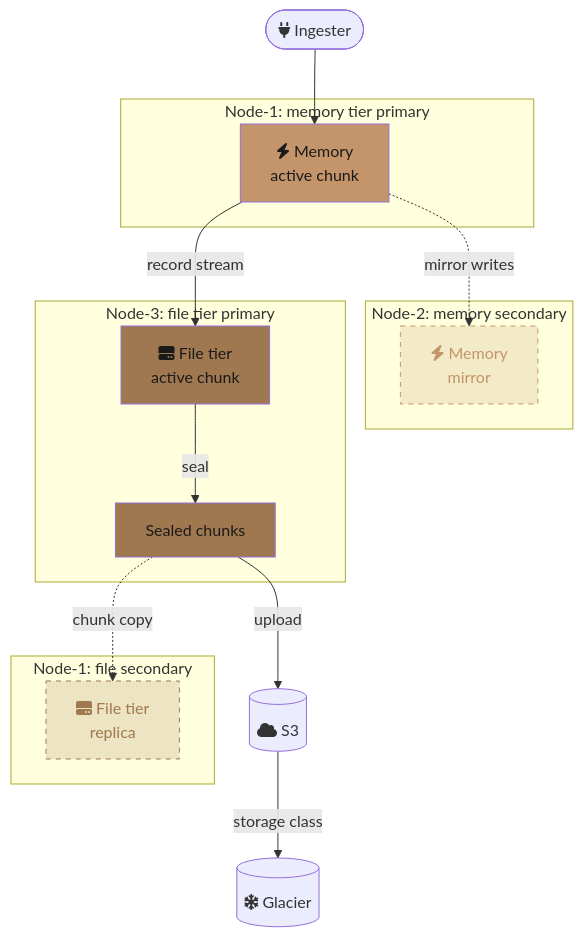
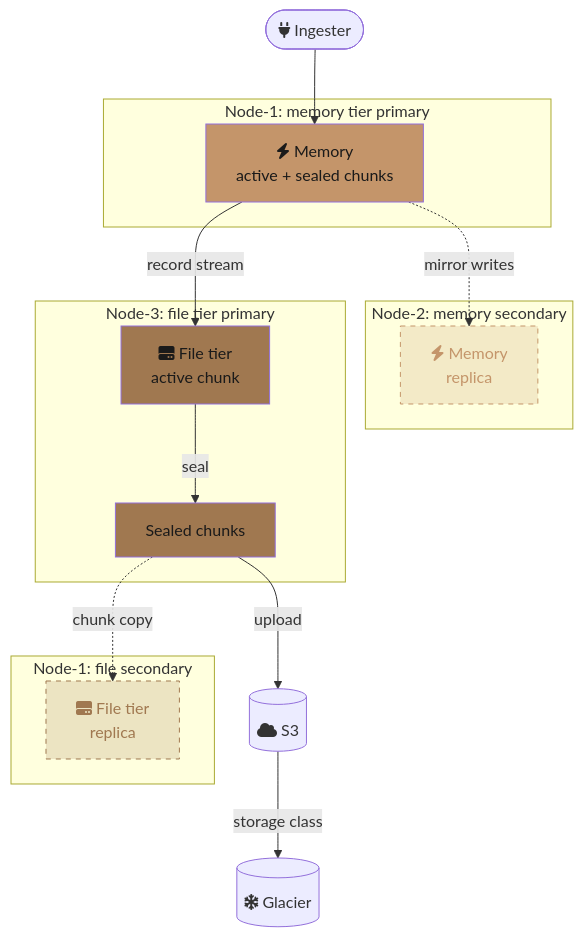
Before and after one commit to kluzzebass/gastrolog: the third of 5 diagrams in docs/vision.md, drawn with Mermaid. The commit also changed other lines of this file, not shown here.

First line of the commit message:
docs: clarify that every tier has active + sealed chunks

````diff
--- a/docs/vision.md
+++ b/docs/vision.md
@@ -170,32 +172,32 @@
 ```mermaid
 flowchart TB
     I([fa:fa-plug Ingester]) --> M1
 
     subgraph node1mem [Node-1: memory tier primary]
-        M1[fa:fa-bolt Memory<br/>active chunk]
+        M1[fa:fa-bolt Memory<br/>active + sealed chunks]
     end
 
     subgraph node2mem [Node-2: memory secondary]
-        M2[fa:fa-bolt Memory<br/>mirror]
+        M2[fa:fa-bolt Memory<br/>replica]
     end
 
     subgraph node3file [Node-3: file tier primary]
         F3[fa:fa-hard-drive File tier<br/>active chunk] -->|seal| FS3[Sealed chunks]
     end
 
     subgraph node1file [Node-1: file secondary]
         F1[fa:fa-hard-drive File tier<br/>replica]
     end
 
     M1 -.->|mirror writes| M2
     M1 -->|record stream| F3
     FS3 -->|upload| S3[(fa:fa-cloud S3)]
     FS3 -.->|chunk copy| F1
     S3 -->|storage class| ARC[(fa:fa-snowflake Glacier)]
 
     style M1 fill:#c4956a,color:#1a1a1a
     style F3 fill:#a07850,color:#1a1a1a
     style FS3 fill:#a07850,color:#1a1a1a
     style M2 fill:#c4956a33,color:#c4956a,stroke:#c4956a,stroke-dasharray:5
     style F1 fill:#a0785033,color:#a07850,stroke:#a07850,stroke-dasharray:5
 ```
````
